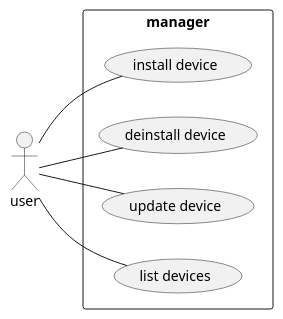
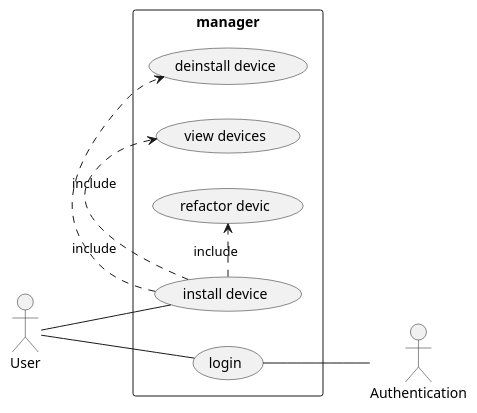
The diagram in Backend/asciidocs/ucd.puml (htl-leonding-project/5ahif-syp-chromecast-manager), drawn with PlantUML before and after one commit.

Commit message:
Uml updatet

```diff
--- a/Backend/asciidocs/ucd.puml
+++ b/Backend/asciidocs/ucd.puml
@@ -2,11 +2,14 @@
 @startuml
 left to right direction
 skinparam packageStyle rectangle
-actor user
+actor User
+actor Authentication
 rectangle manager {
-  user -- (install device)
-  user -- (deinstall device)
-  user -- (update device)
-  user -- (list devices)
+  User -- (install device)
+  (install device) .> (deinstall device) : include
+  (install device) .> (view devices) : include
+  (install device) .> (refactor devic) : include
+  User -- (login)
+  (login) -- Authentication
 }
 @enduml
```
